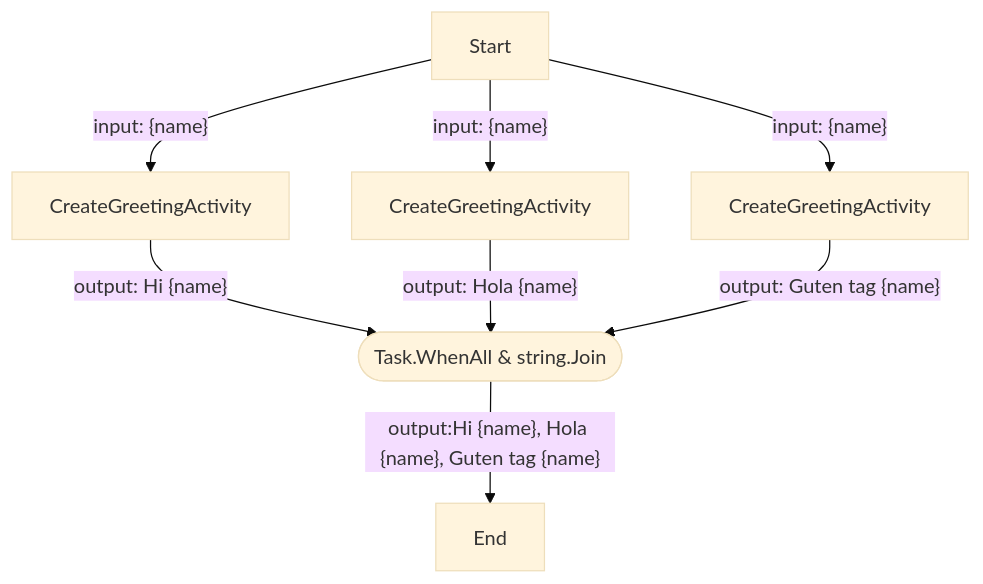
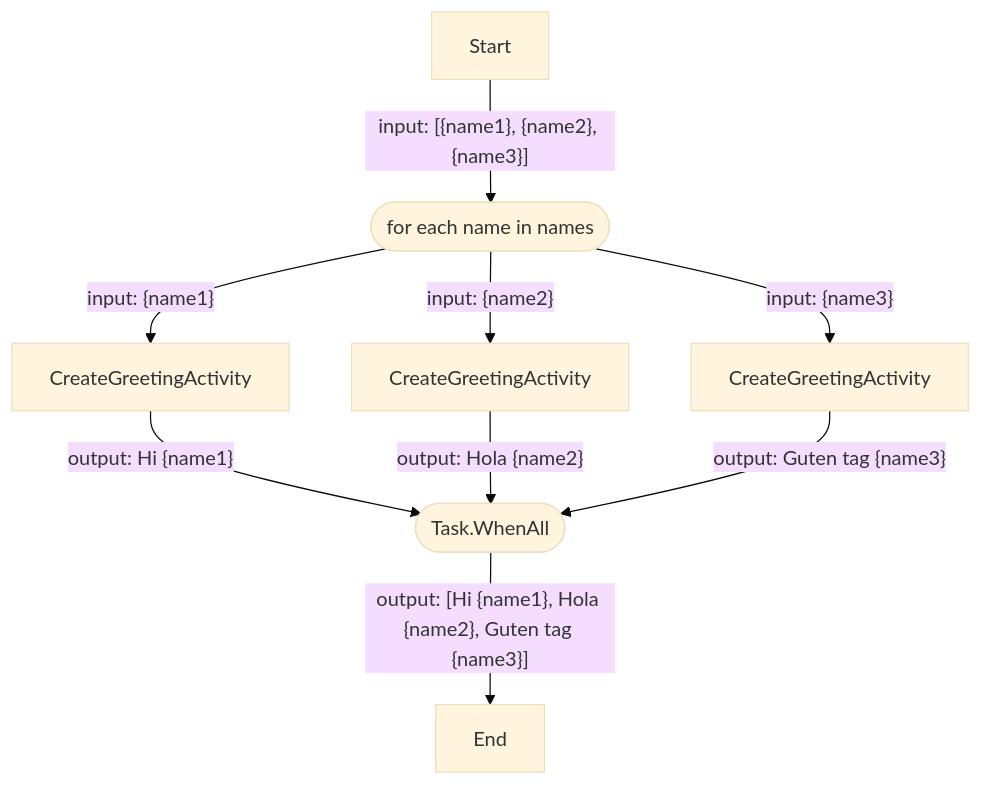
One commit to diagrid-labs/dapr-workflow-demos changed the third of 4 diagrams in README.md. Above: the diagram before and after it, drawn with Mermaid (base theme). The commit also changed other lines of this file, not shown here.

````diff
--- a/README.md
+++ b/README.md
@@ -156,13 +156,15 @@
 ```mermaid
 graph TD
     A[Start]
+    A1([for each name in names])
     B1[CreateGreetingActivity]
     B2[CreateGreetingActivity]
     B3[CreateGreetingActivity]
-    C([Task.WhenAll & string.Join])
+    C([Task.WhenAll])
     D[End]
-    A -->|"input: {name}"| B1 -->|"output: Hi {name}"| C
-    A -->|"input: {name}"| B2 -->|"output: Hola {name}"| C
-    A -->|"input: {name}"| B3 -->|"output: Guten tag {name}"| C
-    C -->|"output:Hi {name}, Hola {name}, Guten tag {name}"| D
+    A --> |"input: [{name1}, {name2}, {name3}]"| A1
+    A1 -->|"input: {name1}"| B1 -->|"output: Hi {name1}"| C
+    A1 -->|"input: {name2}"| B2 -->|"output: Hola {name2}"| C
+    A1 -->|"input: {name3}"| B3 -->|"output: Guten tag {name3}"| C
+    C -->|"output: [Hi {name1}, Hola {name2}, Guten tag {name3}]"| D
 ```
````
